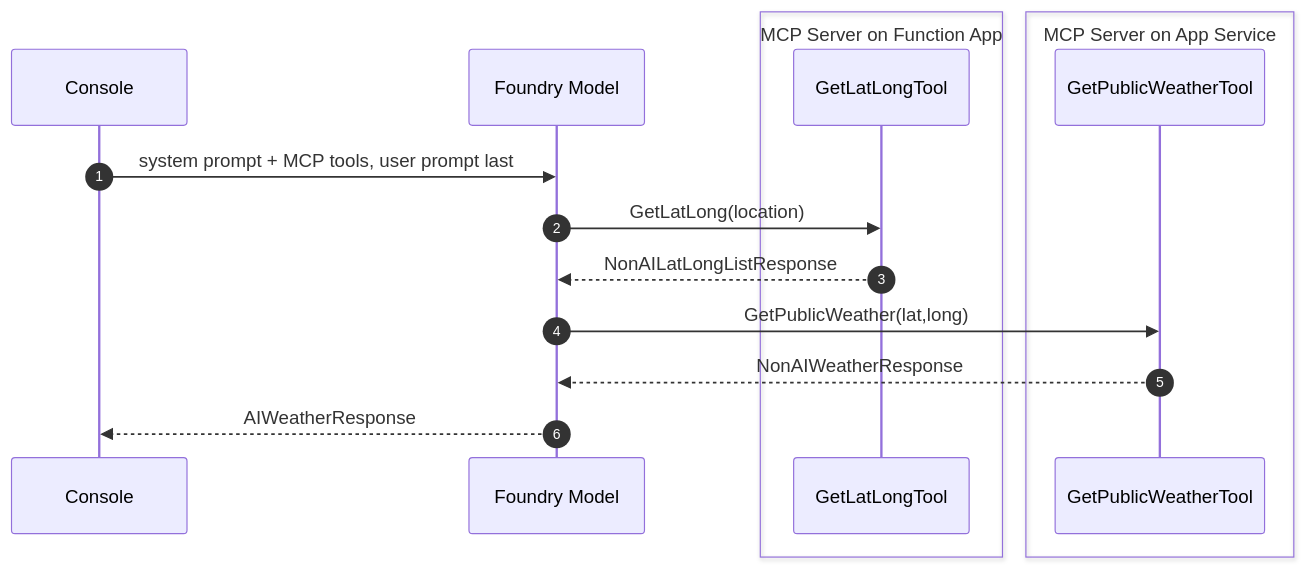
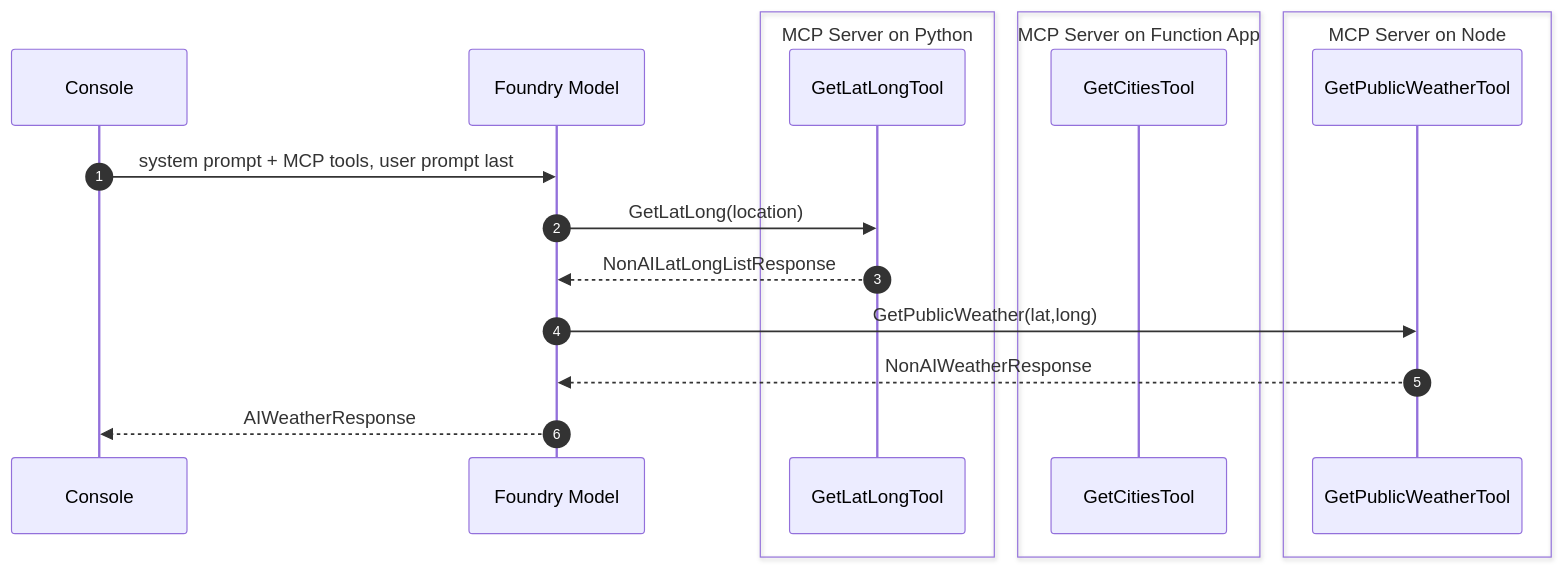
Before and after one commit to dustinkorzaan/weather-1116: the fifth of 8 diagrams in docs/4-demystifying-foundry-agents-mcp/demystifying-foundry-agents-mcp.md, drawn with Mermaid. The commit also changed other lines of this file and 27 other files, not shown here.

First line of the commit message:
Swap geo MCP tools: GetLatLong/GetLocation → mcp-srv-python, GetCities → mcp-srv-func-app (#361)

````diff
--- a/docs/4-demystifying-foundry-agents-mcp/demystifying-foundry-agents-mcp.md
+++ b/docs/4-demystifying-foundry-agents-mcp/demystifying-foundry-agents-mcp.md
@@ -152,19 +152,22 @@
   ```mermaid
   sequenceDiagram
       autonumber
       participant Console
       participant Model as Foundry Model
-      box MCP Server on Function App
+      box MCP Server on Python
           participant GetLatLongTool
       end
-      box MCP Server on App Service
+      box MCP Server on Function App
+          participant GetCitiesTool
+      end
+      box MCP Server on Node
           participant GetPublicWeatherTool
       end
 
       Console->>Model: system prompt + MCP tools, user prompt last
       Model->>GetLatLongTool: GetLatLong(location)
       GetLatLongTool-->>Model: NonAILatLongListResponse
       Model->>GetPublicWeatherTool: GetPublicWeather(lat,long)
       GetPublicWeatherTool-->>Model: NonAIWeatherResponse
       Model-->>Console: AIWeatherResponse
   ```
````
